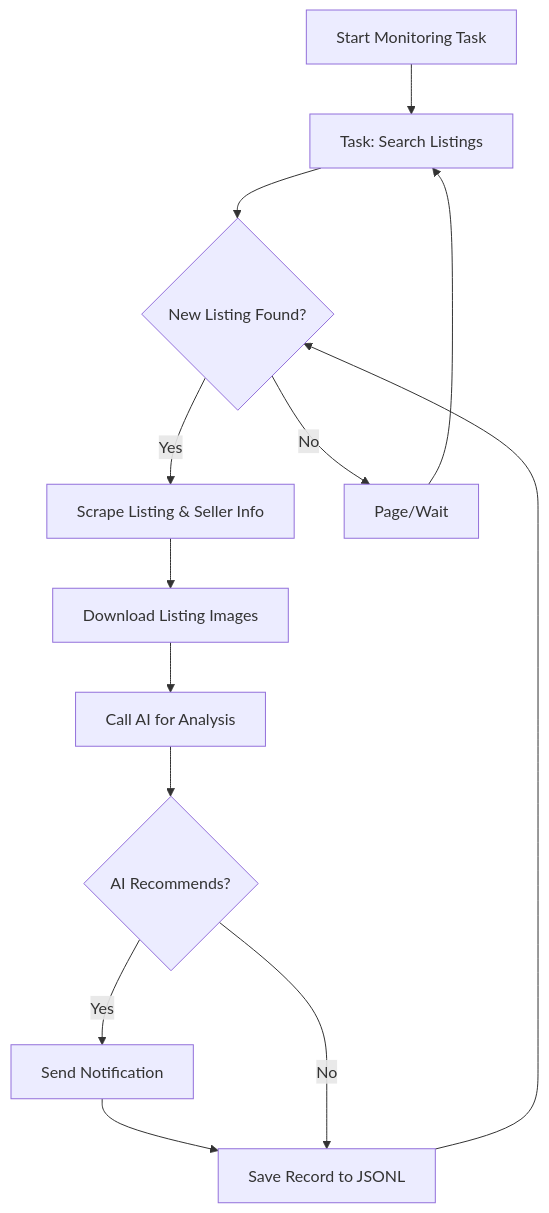
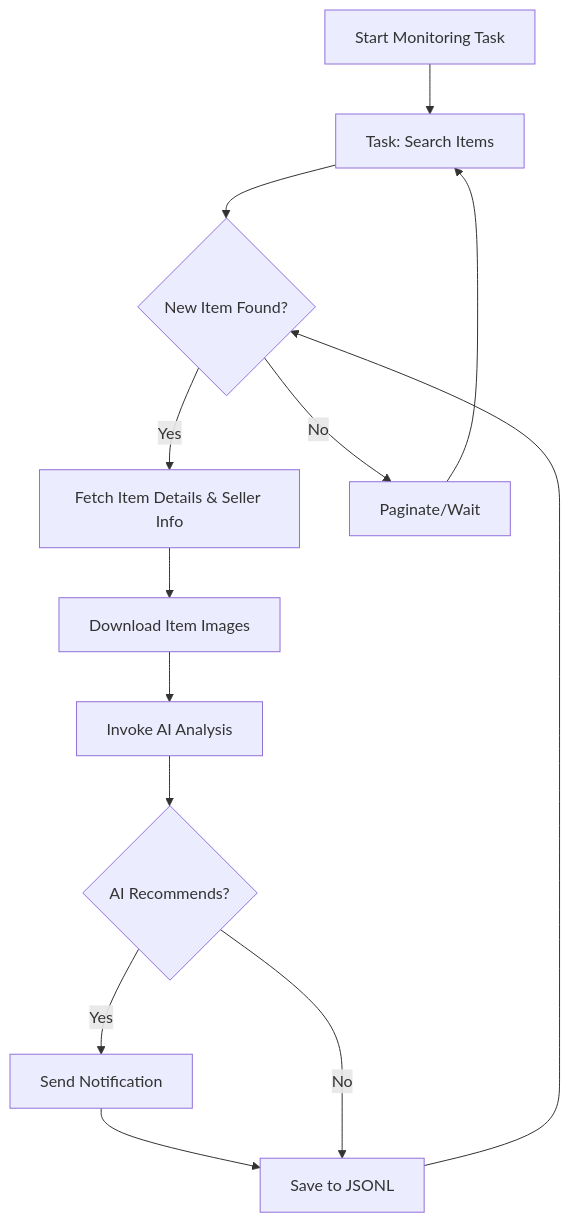
One commit to saurav-z/repo-docs changed the diagram in docs/dingyufei615-ai-goofish-monitor.md. Above: the diagram before and after it, drawn with Mermaid. The commit also changed other lines of this file and 219 other files, not shown here.

````diff
--- a/docs/dingyufei615-ai-goofish-monitor.md
+++ b/docs/dingyufei615-ai-goofish-monitor.md
@@ -214,15 +218,15 @@
 ```mermaid
 graph TD
-    A[Start Monitoring Task] --> B[Task: Search Listings];
-    B --> C{New Listing Found?};
-    C -- Yes --> D[Scrape Listing & Seller Info];
-    D --> E[Download Listing Images];
-    E --> F[Call AI for Analysis];
+    A[Start Monitoring Task] --> B[Task: Search Items];
+    B --> C{New Item Found?};
+    C -- Yes --> D[Fetch Item Details & Seller Info];
+    D --> E[Download Item Images];
+    E --> F[Invoke AI Analysis];
     F --> G{AI Recommends?};
     G -- Yes --> H[Send Notification];
-    H --> I[Save Record to JSONL];
+    H --> I[Save to JSONL];
     G -- No --> I;
-    C -- No --> J[Page/Wait];
+    C -- No --> J[Paginate/Wait];
     J --> B;
     I --> C;
 ```
````
